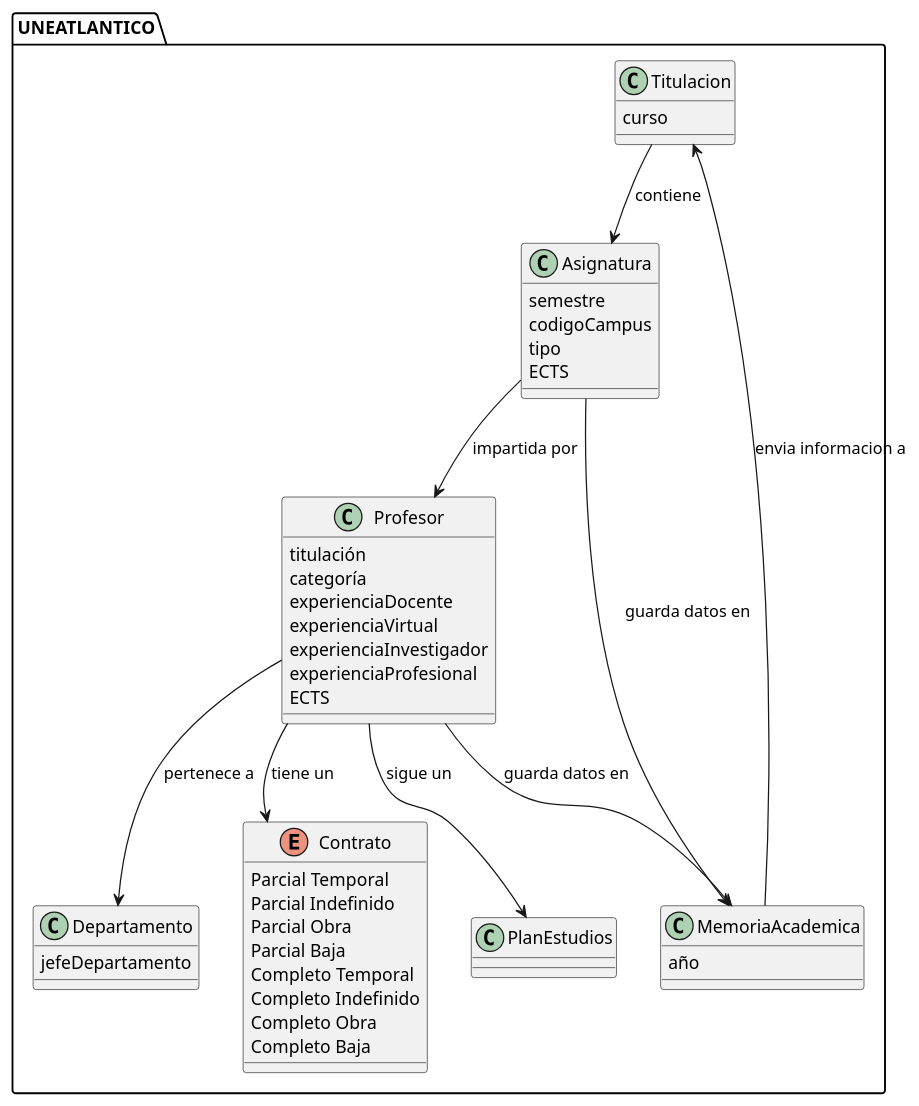
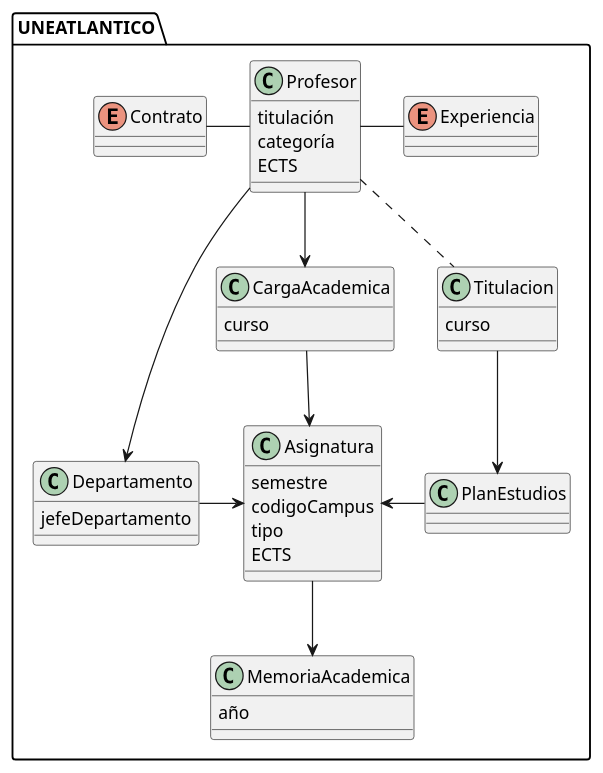
Before and after one commit to DavidGarciaCosta/24-25-IdSw1-SDR: the diagram in modelosUML/diagramaDeClases.puml, drawn with PlantUML. The commit also changed 1 other file, not shown here.

Commit message:
Propuesta de diagrama
- CargaAcademica como entidad intermediaria
- Simplificación de Profesor
- Reorganización de relaciones

```diff
--- a/modelosUML/diagramaDeClases.puml
+++ b/modelosUML/diagramaDeClases.puml
@@ -1,60 +1,57 @@
 @startuml
 package UNEATLANTICO{
 
-class Titulacion{
-curso
+    class Titulacion{
+        curso
+    }
+
+    class Departamento{
+        jefeDepartamento
+
+    }
+
+    class Profesor{
+        titulación
+        categoría
+        ECTS
+    }
+
+    Enum Contrato{
+    }
+
+    Enum Experiencia
+
+    class Asignatura{
+
+        semestre
+        codigoCampus
+        tipo
+        ECTS
+    }
+
+    class PlanEstudios{
+    }
+
+    class MemoriaAcademica{
+        año
+    }
+
+    class CargaAcademica{
+        curso
+    }
 }
 
-class Departamento{
-jefeDepartamento
+Profesor --> Departamento
+Profesor -d-> CargaAcademica
+CargaAcademica -d-> Asignatura
+PlanEstudios -l-> Asignatura
+Departamento -> Asignatura
+Titulacion -d-> PlanEstudios
+Asignatura -d-> MemoriaAcademica
 
-}
-
-class Profesor{
-titulación
-categoría
-experienciaDocente
-experienciaVirtual
-experienciaInvestigador
-experienciaProfesional 
-ECTS
-}
-
-Enum Contrato{
-Parcial Temporal
-Parcial Indefinido
-Parcial Obra
-Parcial Baja
-Completo Temporal
-Completo Indefinido
-Completo Obra
-Completo Baja
-}
-
-class Asignatura{ 
-semestre 
-codigoCampus
-tipo 
-ECTS 
-}
-
-class PlanEstudios{
-}
-
-class MemoriaAcademica{
-año
-}
+Profesor .. Titulacion
+Profesor -l- Contrato
+Profesor -r- Experiencia
 
 
-}
-
-Titulacion --> Asignatura : contiene
-Asignatura --> Profesor : impartida por
-Profesor --> Departamento : pertenece a
-Profesor --> Contrato : tiene un
-Profesor --> PlanEstudios : sigue un 
-MemoriaAcademica --> Titulacion : envia informacion a 
-Asignatura --> MemoriaAcademica : guarda datos en
-Profesor --> MemoriaAcademica : guarda datos en 
-
 @enduml
```
